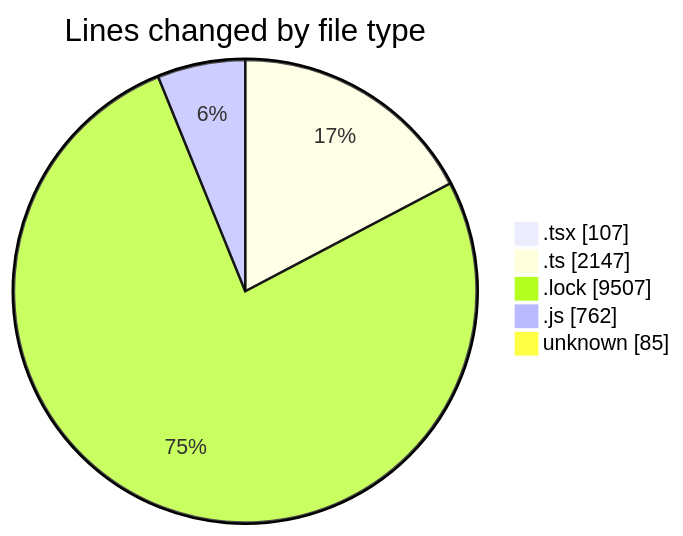
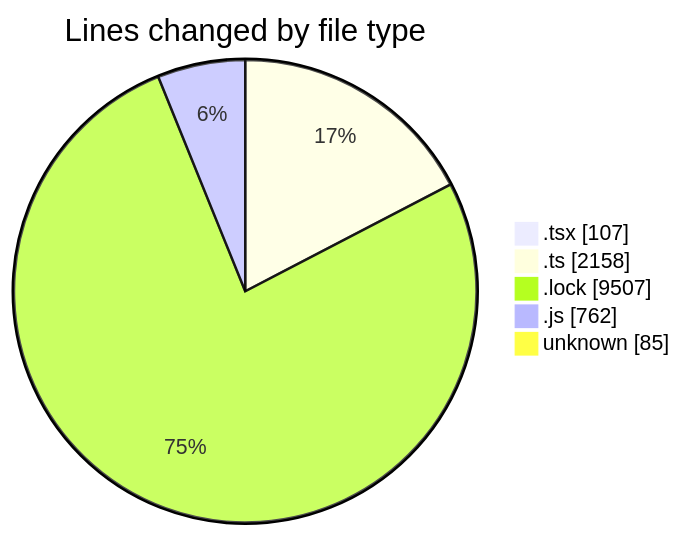
Before and after one commit to momahboobian/code-tracking: the first of 2 diagrams in 2026-02-18/cda/README.md, drawn with Mermaid. The commit also changed other lines of this file and 1 other file, not shown here.

````diff
--- a/2026-02-18/cda/README.md
+++ b/2026-02-18/cda/README.md
@@ -28,9 +28,9 @@
 ```mermaid
 pie showData
 title Lines changed by file type
 ".tsx" : 107
-".ts" : 2147
+".ts" : 2158
 ".lock" : 9507
 ".js" : 762
 "unknown" : 85
 ```
````
